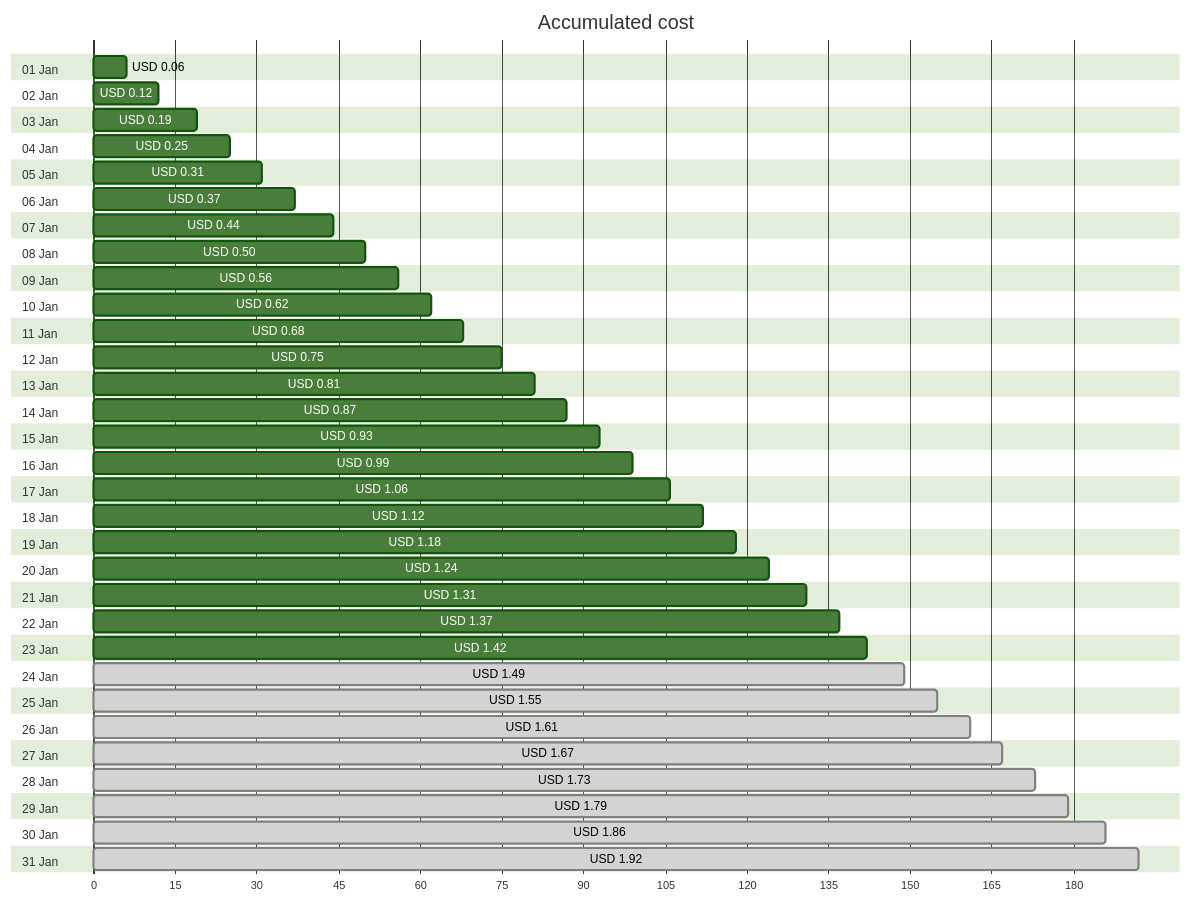
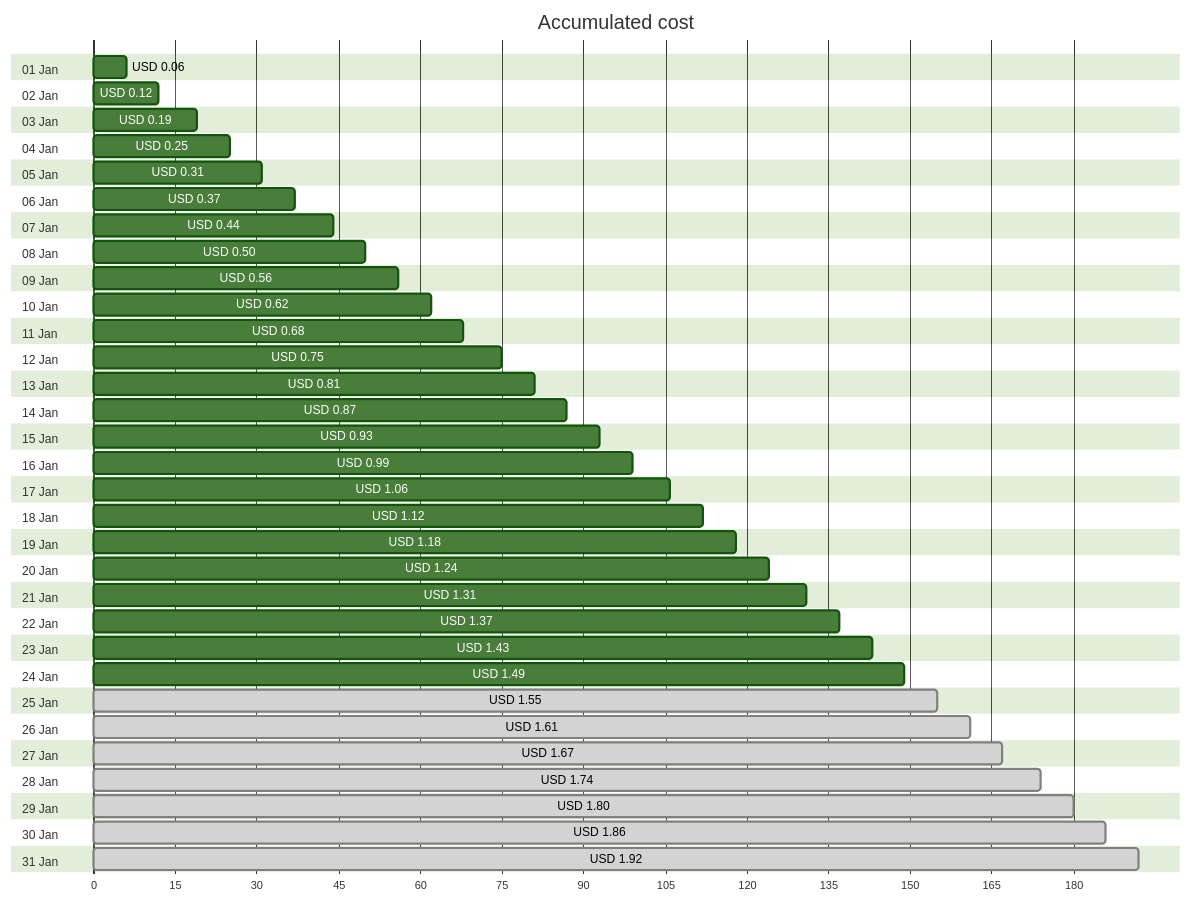
One commit to jpfulton/azure-personal-reports changed the first of 4 diagrams in cost-reports/personal-network/vpn-server_OsDisk.md. Above: the diagram before and after it, drawn with Mermaid (forest theme). The commit also changed other lines of this file and 8 other files, not shown here.

````diff
--- a/cost-reports/personal-network/vpn-server_OsDisk.md
+++ b/cost-reports/personal-network/vpn-server_OsDisk.md
@@ -20,68 +20,68 @@
 ```mermaid
 gantt
    title Accumulated cost
    dateFormat  X
    axisFormat %s
    section 01 Jan
    USD 0.06 :0, 6
    section 02 Jan
    USD 0.12 :0, 12
    section 03 Jan
    USD 0.19 :0, 19
    section 04 Jan
    USD 0.25 :0, 25
    section 05 Jan
    USD 0.31 :0, 31
    section 06 Jan
    USD 0.37 :0, 37
    section 07 Jan
    USD 0.44 :0, 44
    section 08 Jan
    USD 0.50 :0, 50
    section 09 Jan
    USD 0.56 :0, 56
    section 10 Jan
    USD 0.62 :0, 62
    section 11 Jan
    USD 0.68 :0, 68
    section 12 Jan
    USD 0.75 :0, 75
    section 13 Jan
    USD 0.81 :0, 81
    section 14 Jan
    USD 0.87 :0, 87
    section 15 Jan
    USD 0.93 :0, 93
    section 16 Jan
    USD 0.99 :0, 99
    section 17 Jan
    USD 1.06 :0, 106
    section 18 Jan
    USD 1.12 :0, 112
    section 19 Jan
    USD 1.18 :0, 118
    section 20 Jan
    USD 1.24 :0, 124
    section 21 Jan
    USD 1.31 :0, 131
    section 22 Jan
    USD 1.37 :0, 137
    section 23 Jan
-   USD 1.42 :0, 142
+   USD 1.43 :0, 143
    section 24 Jan
-   USD 1.49 : done, 0, 149
+   USD 1.49 :0, 149
    section 25 Jan
    USD 1.55 : done, 0, 155
    section 26 Jan
    USD 1.61 : done, 0, 161
    section 27 Jan
    USD 1.67 : done, 0, 167
    section 28 Jan
-   USD 1.73 : done, 0, 173
+   USD 1.74 : done, 0, 174
    section 29 Jan
-   USD 1.79 : done, 0, 179
+   USD 1.80 : done, 0, 180
    section 30 Jan
    USD 1.86 : done, 0, 186
    section 31 Jan
    USD 1.92 : done, 0, 192
 ```
````
